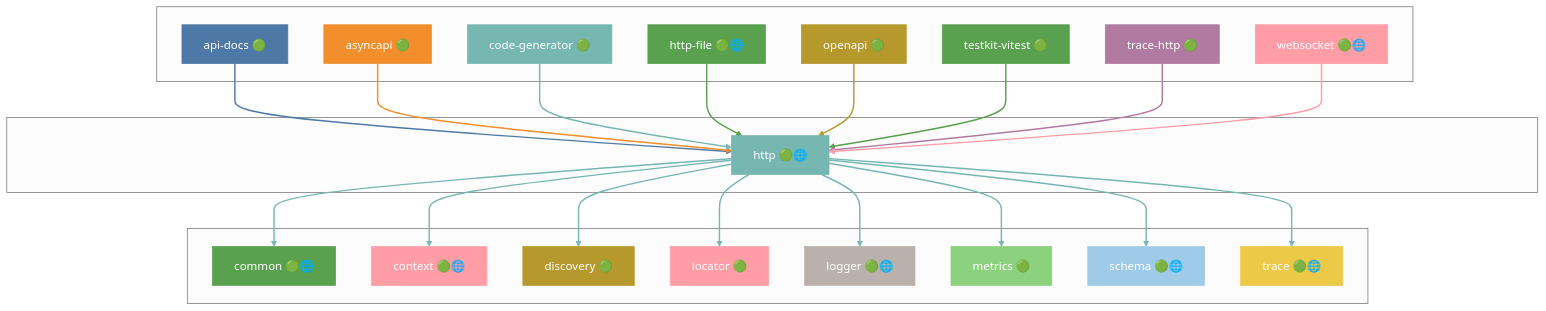
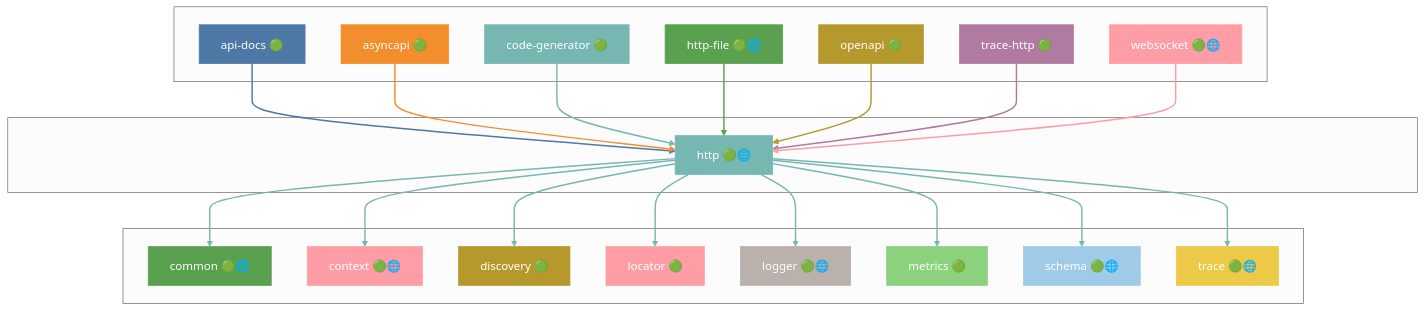
One commit to grest-ts/grest-ts changed diagram 23 of 45 in docs/DEPENDENCIES.md. Above: the diagram before and after it, drawn with Mermaid (neutral theme). The commit also changed other lines of this file and 46 other files, not shown here.

````diff
--- a/docs/DEPENDENCIES.md
+++ b/docs/DEPENDENCIES.md
@@ -1133,75 +1095,71 @@
 ```mermaid
 flowchart TB
     subgraph Dependents[" "]
         api-docs["api-docs 🟢"]
         asyncapi["asyncapi 🟢"]
         code-generator["code-generator 🟢"]
         http-file["http-file 🟢🌐"]
         openapi["openapi 🟢"]
-        testkit-vitest["testkit-vitest 🟢"]
         trace-http["trace-http 🟢"]
         websocket["websocket 🟢🌐"]
     end
     subgraph Package[" "]
         http["http 🟢🌐"]
     end
     subgraph Dependencies[" "]
         common["common 🟢🌐"]
         context["context 🟢🌐"]
         discovery["discovery 🟢"]
         locator["locator 🟢"]
         logger["logger 🟢🌐"]
         metrics["metrics 🟢"]
         schema["schema 🟢🌐"]
         trace["trace 🟢🌐"]
     end
     api-docs --> http
     asyncapi --> http
     code-generator --> http
     http-file --> http
     openapi --> http
-    testkit-vitest --> http
     trace-http --> http
     websocket --> http
     http --> common
     http --> context
     http --> discovery
     http --> locator
     http --> logger
     http --> metrics
     http --> schema
     http --> trace
     style http fill:#76B7B2,stroke:#76B7B2,color:#fff
     style api-docs fill:#4E79A7,stroke:#4E79A7,color:#fff
     style asyncapi fill:#F28E2B,stroke:#F28E2B,color:#fff
     style code-generator fill:#76B7B2,stroke:#76B7B2,color:#fff
     style http-file fill:#59A14F,stroke:#59A14F,color:#fff
     style openapi fill:#B6992D,stroke:#B6992D,color:#fff
-    style testkit-vitest fill:#59A14F,stroke:#59A14F,color:#fff
     style trace-http fill:#B07AA1,stroke:#B07AA1,color:#fff
     style websocket fill:#FF9DA7,stroke:#FF9DA7,color:#fff
     style common fill:#59A14F,stroke:#59A14F,color:#fff
     style context fill:#FF9DA7,stroke:#FF9DA7,color:#fff
     style discovery fill:#B6992D,stroke:#B6992D,color:#fff
     style locator fill:#FF9DA7,stroke:#FF9DA7,color:#fff
     style logger fill:#BAB0AC,stroke:#BAB0AC,color:#fff
     style metrics fill:#8CD17D,stroke:#8CD17D,color:#fff
     style schema fill:#A0CBE8,stroke:#A0CBE8,color:#fff
     style trace fill:#EDC948,stroke:#EDC948,color:#fff
     linkStyle 0 stroke:#4E79A7,stroke-width:2px
     linkStyle 1 stroke:#F28E2B,stroke-width:2px
     linkStyle 2 stroke:#76B7B2,stroke-width:2px
     linkStyle 3 stroke:#59A14F,stroke-width:2px
     linkStyle 4 stroke:#B6992D,stroke-width:2px
-    linkStyle 5 stroke:#59A14F,stroke-width:2px
-    linkStyle 6 stroke:#B07AA1,stroke-width:2px
-    linkStyle 7 stroke:#FF9DA7,stroke-width:2px
+    linkStyle 5 stroke:#B07AA1,stroke-width:2px
+    linkStyle 6 stroke:#FF9DA7,stroke-width:2px
+    linkStyle 7 stroke:#76B7B2,stroke-width:2px
     linkStyle 8 stroke:#76B7B2,stroke-width:2px
     linkStyle 9 stroke:#76B7B2,stroke-width:2px
     linkStyle 10 stroke:#76B7B2,stroke-width:2px
     linkStyle 11 stroke:#76B7B2,stroke-width:2px
     linkStyle 12 stroke:#76B7B2,stroke-width:2px
     linkStyle 13 stroke:#76B7B2,stroke-width:2px
     linkStyle 14 stroke:#76B7B2,stroke-width:2px
-    linkStyle 15 stroke:#76B7B2,stroke-width:2px
 ```
````
